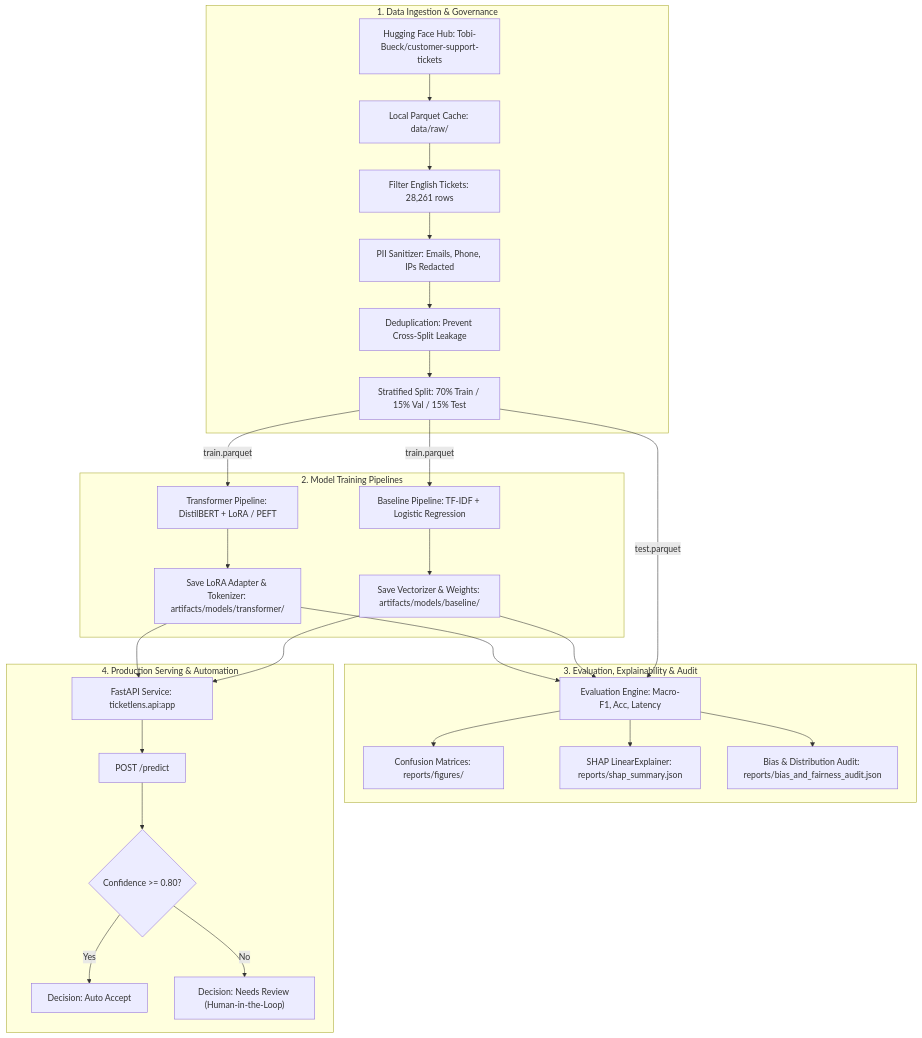
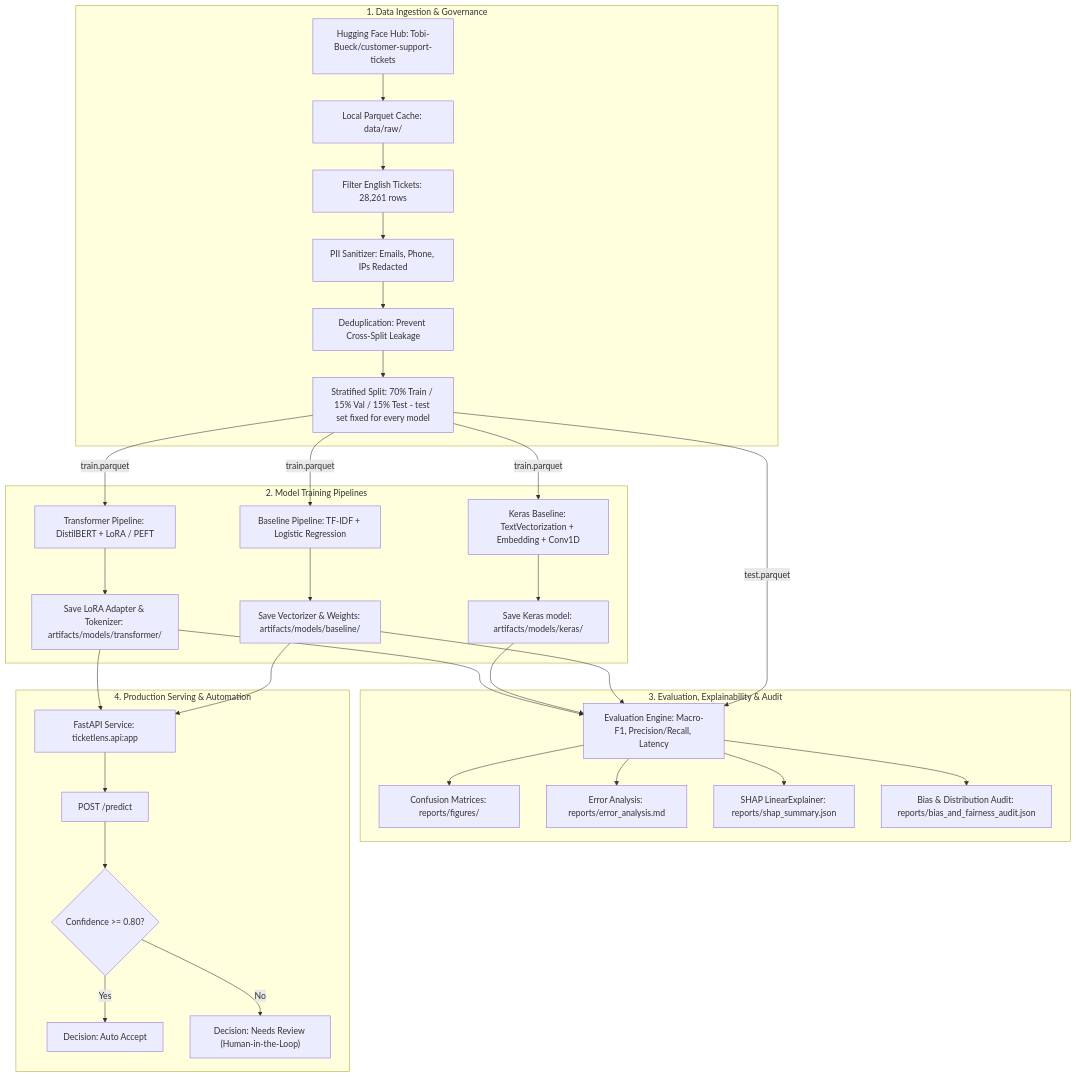
The diagram in README.md (Charanloyal/ticketlens), drawn with Mermaid before and after one commit. The commit also changed other lines of this file and 25 other files, not shown here.

````diff
--- a/README.md
+++ b/README.md
@@ -19,35 +21,39 @@
 ```mermaid
 flowchart TD
     subgraph Ingestion["1. Data Ingestion & Governance"]
         HF[Hugging Face Hub: Tobi-Bueck/customer-support-tickets] --> ParquetCache[Local Parquet Cache: data/raw/]
         ParquetCache --> FilterEN[Filter English Tickets: 28,261 rows]
         FilterEN --> PII[PII Sanitizer: Emails, Phone, IPs Redacted]
         PII --> Dedup[Deduplication: Prevent Cross-Split Leakage]
-        Dedup --> Split[Stratified Split: 70% Train / 15% Val / 15% Test]
+        Dedup --> Split[Stratified Split: 70% Train / 15% Val / 15% Test - test set fixed for every model]
     end
 
     subgraph Modeling["2. Model Training Pipelines"]
         Split -->|train.parquet| BaselinePipeline[Baseline Pipeline: TF-IDF + Logistic Regression]
+        Split -->|train.parquet| KerasPipeline[Keras Baseline: TextVectorization + Embedding + Conv1D]
         Split -->|train.parquet| TransformerPipeline[Transformer Pipeline: DistilBERT + LoRA / PEFT]
         BaselinePipeline --> BaselineArtifacts[Save Vectorizer & Weights: artifacts/models/baseline/]
+        KerasPipeline --> KerasArtifacts[Save Keras model: artifacts/models/keras/]
         TransformerPipeline --> TransformerArtifacts[Save LoRA Adapter & Tokenizer: artifacts/models/transformer/]
     end
 
     subgraph Evaluation["3. Evaluation, Explainability & Audit"]
-        Split -->|test.parquet| Evaluator[Evaluation Engine: Macro-F1, Acc, Latency]
+        Split -->|test.parquet| Evaluator[Evaluation Engine: Macro-F1, Precision/Recall, Latency]
         BaselineArtifacts --> Evaluator
+        KerasArtifacts --> Evaluator
         TransformerArtifacts --> Evaluator
         Evaluator --> ConfMatrix[Confusion Matrices: reports/figures/]
+        Evaluator --> ErrorAnalysis[Error Analysis: reports/error_analysis.md]
         Evaluator --> SHAP[SHAP LinearExplainer: reports/shap_summary.json]
         Evaluator --> BiasAudit[Bias & Distribution Audit: reports/bias_and_fairness_audit.json]
     end
 
     subgraph Serving["4. Production Serving & Automation"]
         BaselineArtifacts --> FastAPI[FastAPI Service: ticketlens.api:app]
         TransformerArtifacts --> FastAPI
         FastAPI --> PredictEndpoint["POST /predict"]
         PredictEndpoint --> ConfidenceRouter{"Confidence >= 0.80?"}
         ConfidenceRouter -->|Yes| AutoAccept["Decision: Auto Accept"]
         ConfidenceRouter -->|No| NeedsReview["Decision: Needs Review (Human-in-the-Loop)"]
     end
 ```
````
